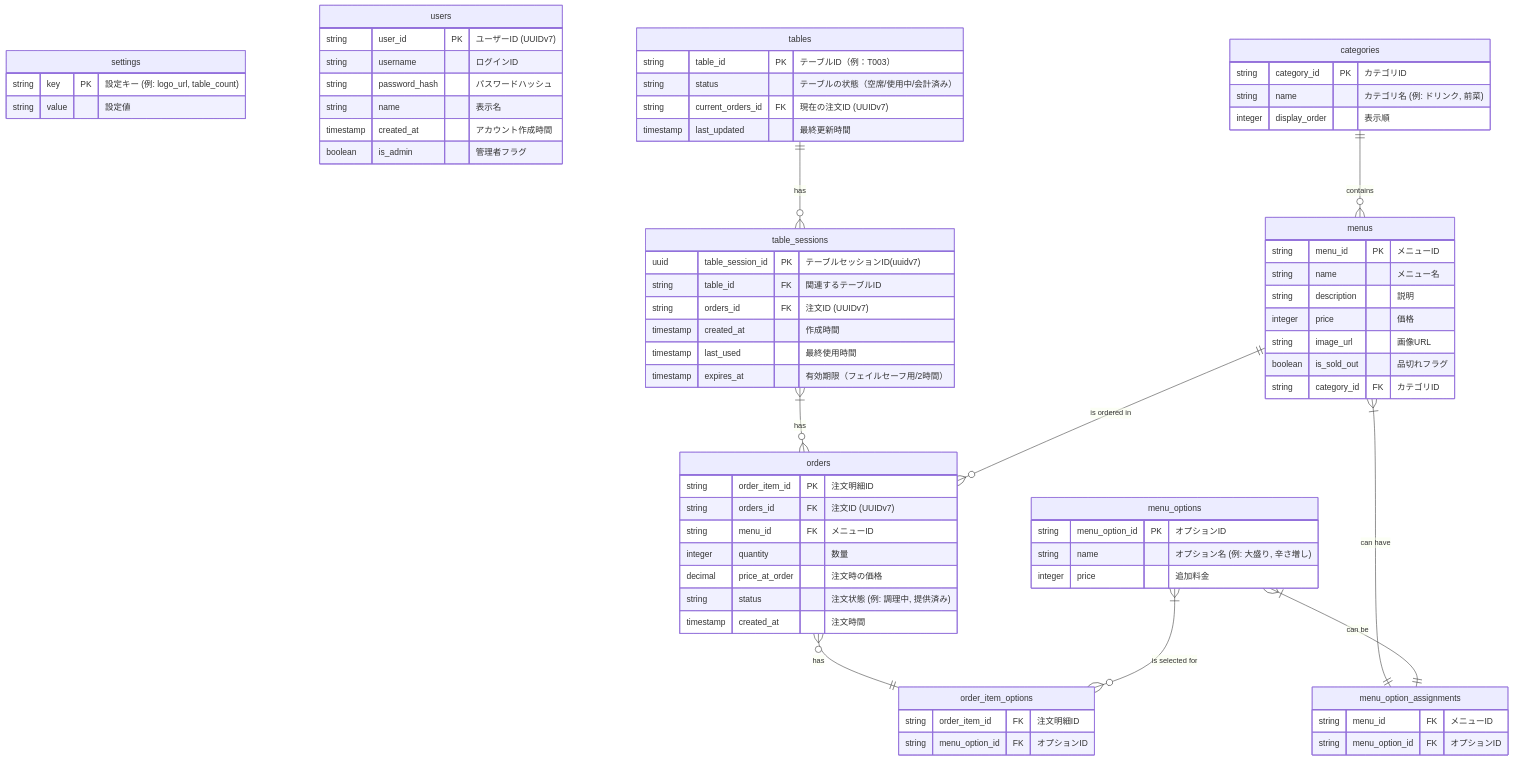
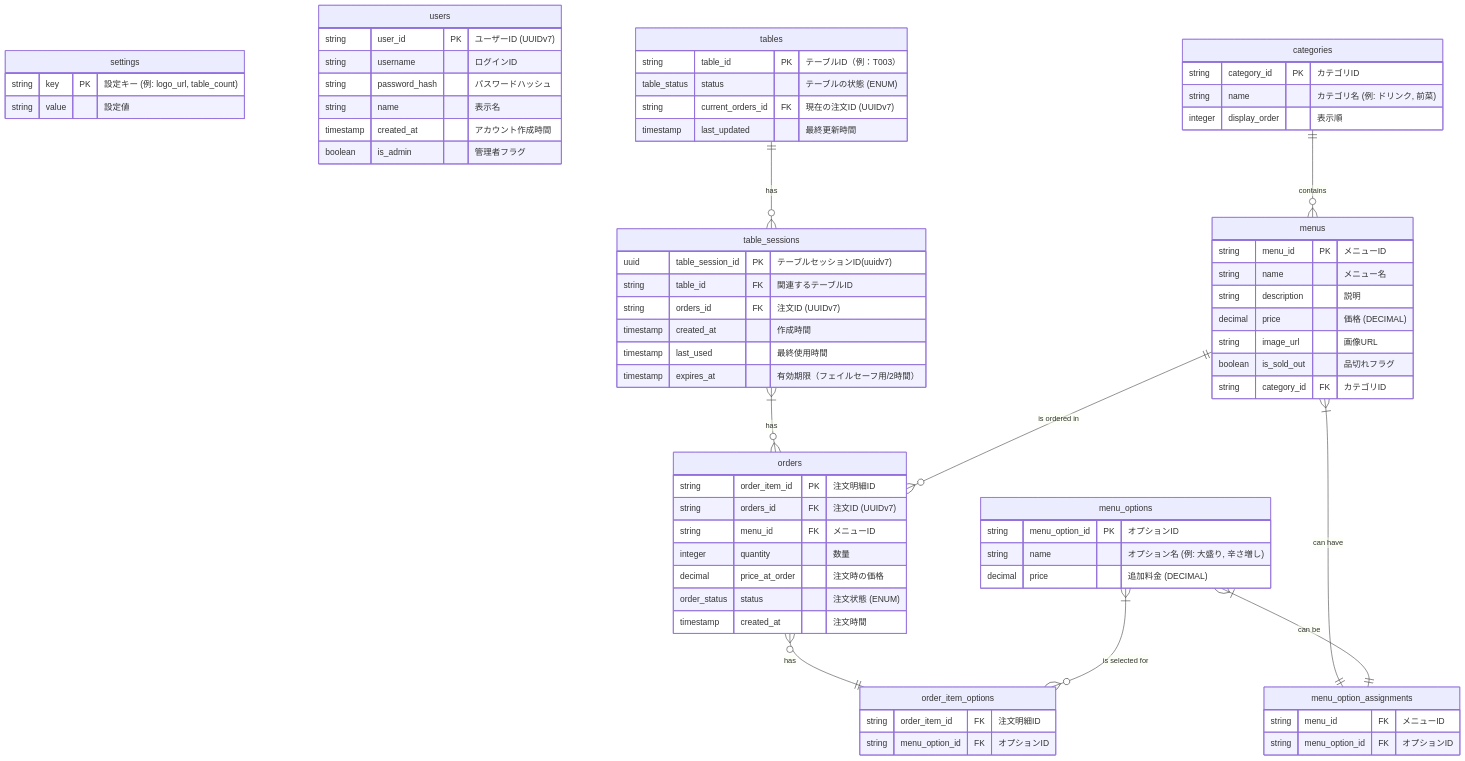
Before and after one commit to inoUwU/pinu: the diagram in .docs/database/er_diagram.md, drawn with Mermaid. The commit also changed other lines of this file, not shown here.

First line of the commit message:
feat(docs): ✨ ER図のテーブル設計を更新し、ENUM型を導入

```diff
--- a/.docs/database/er_diagram.md
+++ b/.docs/database/er_diagram.md
@@ -19,7 +19,7 @@
     tables ||--o{ table_sessions : "has"
     tables {
         string table_id PK "テーブルID（例：T003）"
-        string status "テーブルの状態（空席/使用中/会計済み）"
+        table_status status "テーブルの状態 (ENUM)"
         string current_orders_id FK "現在の注文ID (UUIDv7)"
         timestamp last_updated "最終更新時間"
     }
@@ -39,7 +39,7 @@
         string menu_id FK "メニューID"
         integer quantity "数量"
         decimal price_at_order "注文時の価格"
-        string status "注文状態 (例: 調理中, 提供済み)"
+        order_status status "注文状態 (ENUM)"
         timestamp created_at "注文時間"
     }
 
@@ -58,7 +58,7 @@
         string menu_id PK "メニューID"
         string name "メニュー名"
         string description "説明"
-        integer price "価格"
+        decimal price "価格 (DECIMAL)"
         string image_url "画像URL"
         boolean is_sold_out "品切れフラグ"
         string category_id FK "カテゴリID"
@@ -67,7 +67,7 @@
     menu_options {
         string menu_option_id PK "オプションID"
         string name "オプション名 (例: 大盛り, 辛さ増し)"
-        integer price "追加料金"
+        decimal price "追加料金 (DECIMAL)"
     }
 
     menu_option_assignments {
```
